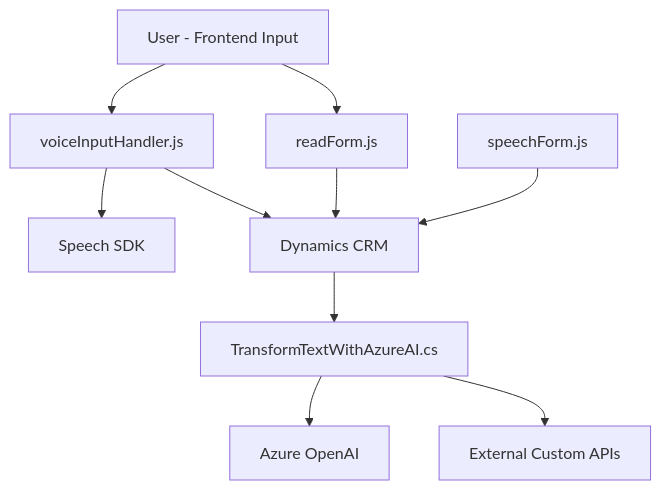
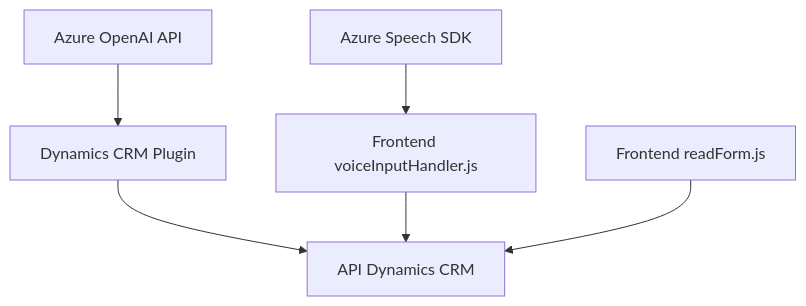
One commit to blopezdm/NETCORE_BILBAO2025 changed the diagram in README.md. Above: the diagram before and after it, drawn with Mermaid. The commit also changed other lines of this file, not shown here.

````diff
--- a/README.md
+++ b/README.md
@@ -36,22 +35,15 @@
 ```mermaid
 graph TD
-    A["User - Frontend Input"]
-    B["voiceInputHandler.js"]
-    C["readForm.js"]
-    D["Speech SDK"]
-    E["speechForm.js"]
-    F["Dynamics CRM"]
-    G["TransformTextWithAzureAI.cs"]
-    H["Azure OpenAI"]
-    I["External Custom APIs"]
+    A["Dynamics CRM Plugin"]
+    B["Azure Speech SDK"]
+    C["Azure OpenAI API"]
+    D["Frontend voiceInputHandler.js"]
+    E["Frontend readForm.js"]
+    F["API Dynamics CRM"]
 
-    A --> B
-    A --> C
+    A --> F
     B --> D
-    C --> F
+    C --> A
+    D --> F
     E --> F
-    B --> F
-    F --> G
-    G --> H
-    G --> I
 ```
````
